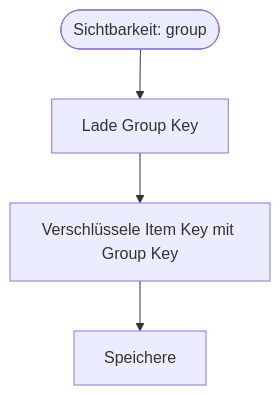
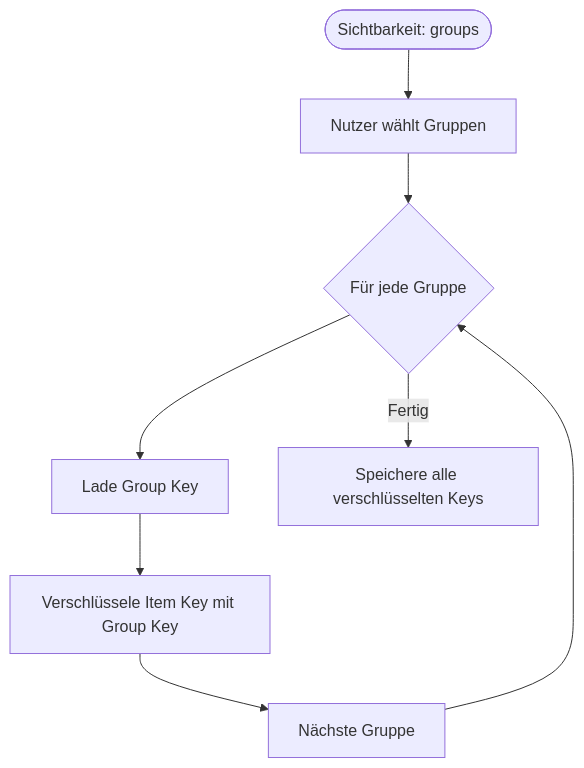
The eighth of 10 diagrams in flows/04-content-technisch-flow.md (antontranelis/web-of-trust), drawn with Mermaid before and after one commit. The commit also changed other lines of this file and 5 other files, not shown here.

````diff
--- a/flows/04-content-technisch-flow.md
+++ b/flows/04-content-technisch-flow.md
@@ -337,8 +340,14 @@
 ```mermaid
 flowchart TD
-    Group(["Sichtbarkeit: group"]) --> GetGroupKey["Lade Group Key"]
+    Groups(["Sichtbarkeit: groups"]) --> Select["Nutzer wählt Gruppen"]
 
-    GetGroupKey --> EncryptOnce["Verschlüssele Item Key mit Group Key"]
+    Select --> Loop{"Für jede Gruppe"}
 
-    EncryptOnce --> Store["Speichere"]
+    Loop --> GetKey["Lade Group Key"]
+    GetKey --> Encrypt["Verschlüssele Item Key mit Group Key"]
+
+    Encrypt --> Next["Nächste Gruppe"]
+    Next --> Loop
+
+    Loop -->|Fertig| Store["Speichere alle verschlüsselten Keys"]
 ```
````
